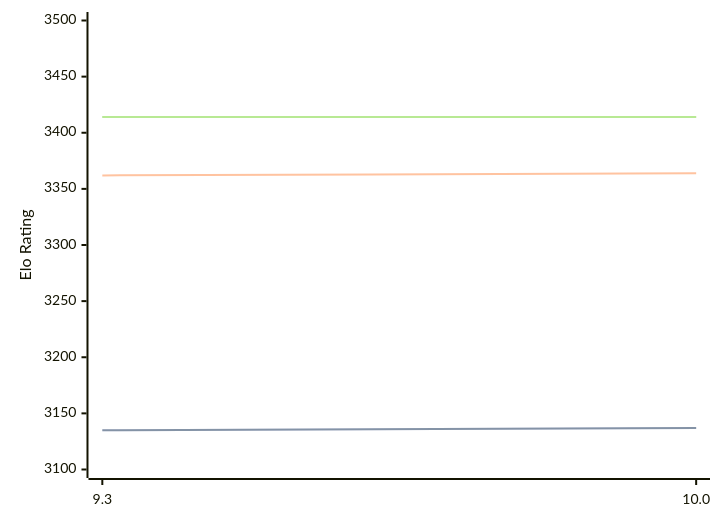
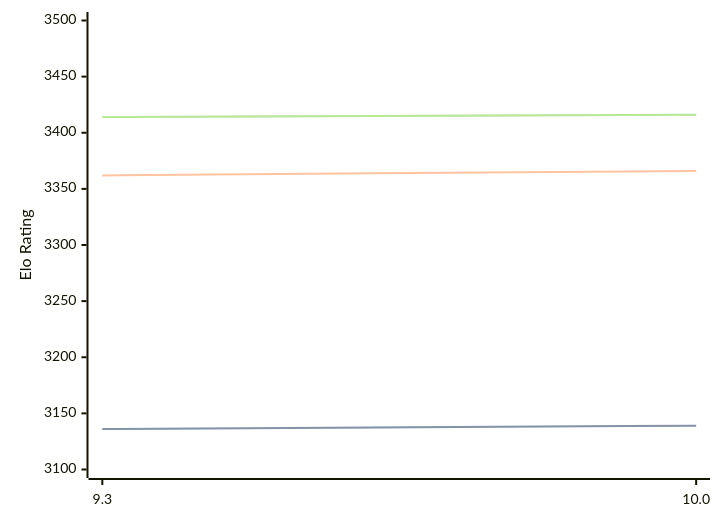
Before and after one commit to computer-chess-index/cci: the diagram in engines/Fire.md, drawn with Mermaid. The commit also changed other lines of this file, not shown here.

Commit message:
Update CCI Ratings (ELO VLTC) - 2026-07-24

````diff
--- a/engines/Fire.md
+++ b/engines/Fire.md
@@ -47,11 +47,11 @@
 ```mermaid
 %%{init: {"theme":"base","themeVariables":{"seriesColors:['#a3a3a3','#222221','#faa371']}}}%%
 xychart-beta
   x-axis ["9.3", "10.0"]
   y-axis "Elo Rating" 3100 --> 3500
-  line "STC (8.0+0.08s)" [3135, 3137]
-  line "STC (8.0+0.08s)" [3135, 3137]
-  line "LTC (60.0+0.60s)" [3362, 3364]
-  line "VLTC (2m24s+1.12s)" [3414, 3414]
-  line "VLTC (2m24s+1.12s)" [3414, 3414]
+  line "STC (8.0+0.08s)" [3136, 3139]
+  line "STC (8.0+0.08s)" [3136, 3139]
+  line "LTC (60.0+0.60s)" [3362, 3366]
+  line "VLTC (2m24s+1.12s)" [3414, 3416]
+  line "VLTC (2m24s+1.12s)" [3414, 3416]
 ```
````
